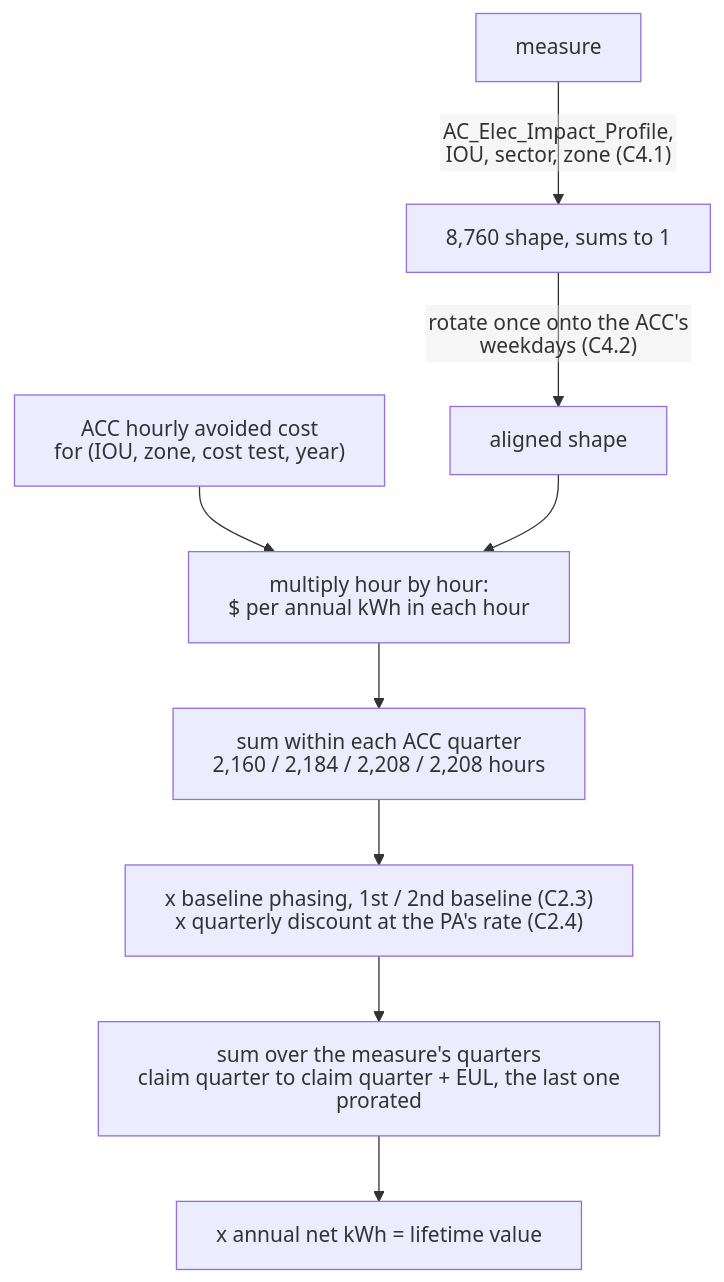
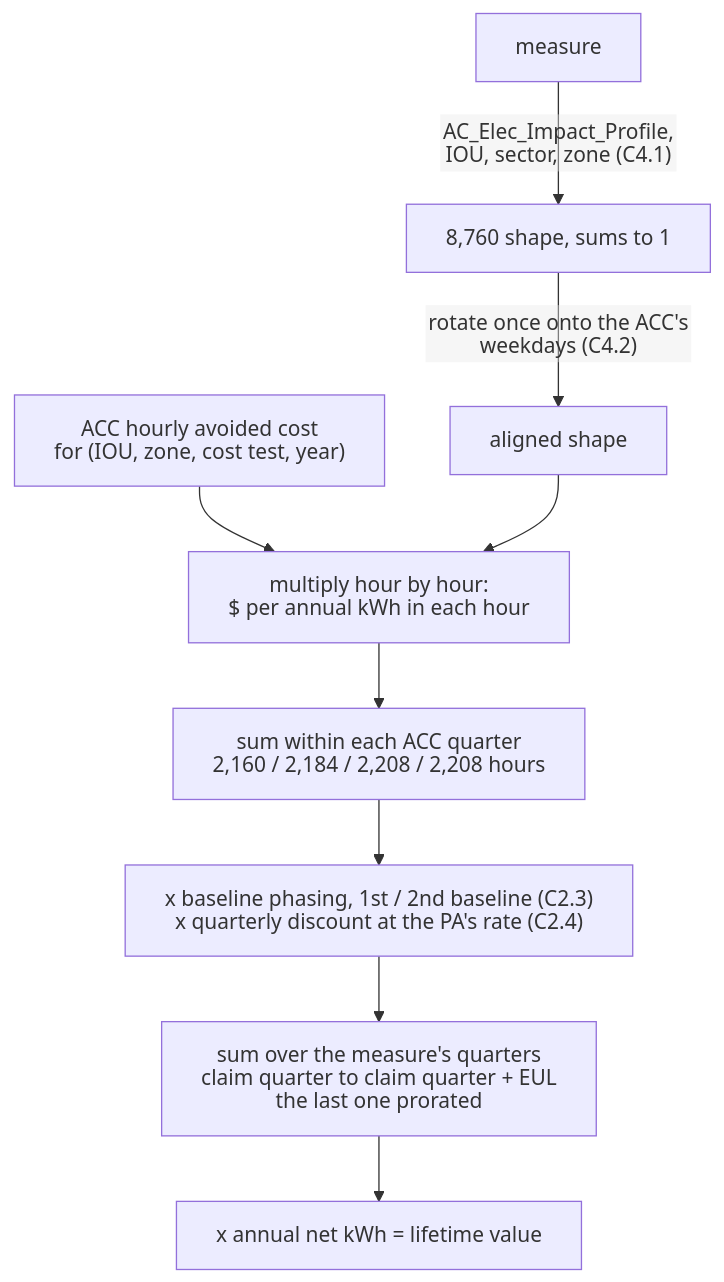
The fifth of 7 diagrams in recet/docs/ARCHITECTURE.md (JRichardson-PGE/ReCET), drawn with Mermaid before and after one commit. The commit also changed other lines of this file, not shown here.

Commit message:
Architecture diagrams: break long label lines so none wraps into an orphan word

````diff
--- a/recet/docs/ARCHITECTURE.md
+++ b/recet/docs/ARCHITECTURE.md
@@ -247,18 +247,18 @@
 ```mermaid
 ---
 config:
   htmlLabels: false
   flowchart:
     htmlLabels: false
     wrappingWidth: 400
 ---
 flowchart TB
     m["measure"] -->|"AC_Elec_Impact_Profile, IOU, sector, zone (C4.1)"| shape["8,760 shape, sums to 1"]
     shape -->|"rotate once onto the ACC's weekdays (C4.2)"| aligned["aligned shape"]
     acc["ACC hourly avoided cost<br/>for (IOU, zone, cost test, year)"] --> mult
     aligned --> mult["multiply hour by hour:<br/>$ per annual kWh in each hour"]
     mult --> q["sum within each ACC quarter<br/>2,160 / 2,184 / 2,208 / 2,208 hours"]
     q --> d["x baseline phasing, 1st / 2nd baseline (C2.3)<br/>x quarterly discount at the PA's rate (C2.4)"]
-    d --> s["sum over the measure's quarters<br/>claim quarter to claim quarter + EUL, the last one prorated"]
+    d --> s["sum over the measure's quarters<br/>claim quarter to claim quarter + EUL<br/>the last one prorated"]
     s --> v["x annual net kWh = lifetime value"]
 ```
````
